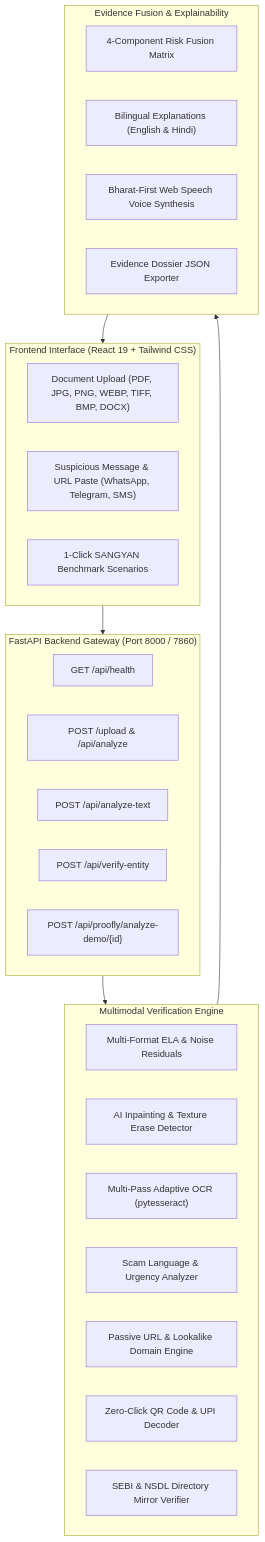
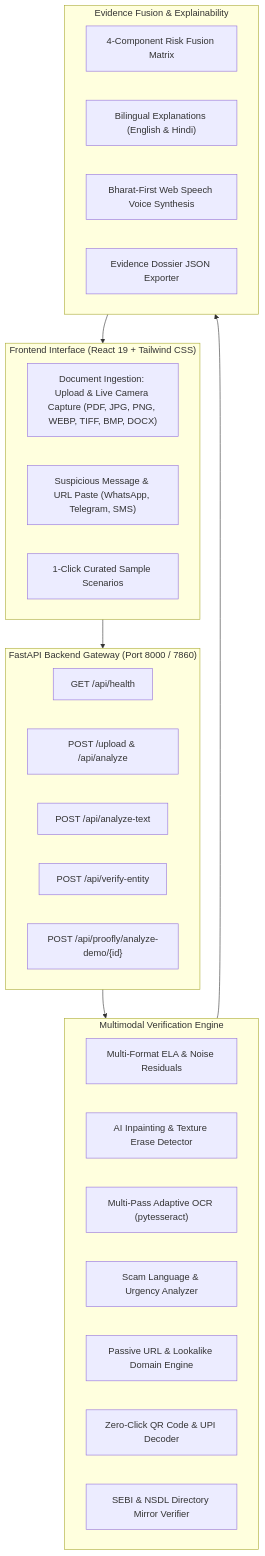
Before and after one commit to 17rajsal/document-forgery-ai: the diagram in README.md, drawn with Mermaid. The commit also changed other lines of this file and 9 other files, not shown here.

````diff
--- a/README.md
+++ b/README.md
@@ -99,38 +99,38 @@
 ```mermaid
 flowchart TD
     subgraph Client["Frontend Interface (React 19 + Tailwind CSS)"]
-        UI1["Document Upload (PDF, JPG, PNG, WEBP, TIFF, BMP, DOCX)"]
+        UI1["Document Ingestion: Upload & Live Camera Capture (PDF, JPG, PNG, WEBP, TIFF, BMP, DOCX)"]
         UI2["Suspicious Message & URL Paste (WhatsApp, Telegram, SMS)"]
-        UI3["1-Click SANGYAN Benchmark Scenarios"]
+        UI3["1-Click Curated Sample Scenarios"]
     end
 
     subgraph API["FastAPI Backend Gateway (Port 8000 / 7860)"]
         H["GET /api/health"]
         S["POST /upload & /api/analyze"]
         T["POST /api/analyze-text"]
         E["POST /api/verify-entity"]
         D["POST /api/proofly/analyze-demo/{id}"]
     end
 
     subgraph Forensics["Multimodal Verification Engine"]
         CV1["Multi-Format ELA & Noise Residuals"]
         CV2["AI Inpainting & Texture Erase Detector"]
         OCR["Multi-Pass Adaptive OCR (pytesseract)"]
         NLP["Scam Language & Urgency Analyzer"]
         URL["Passive URL & Lookalike Domain Engine"]
         QR["Zero-Click QR Code & UPI Decoder"]
         REG["SEBI & NSDL Directory Mirror Verifier"]
     end
 
     subgraph Synthesis["Evidence Fusion & Explainability"]
         FUS["4-Component Risk Fusion Matrix"]
         EXP["Bilingual Explanations (English & Hindi)"]
         VOI["Bharat-First Web Speech Voice Synthesis"]
         DOS["Evidence Dossier JSON Exporter"]
     end
 
     Client --> API
     API --> Forensics
     Forensics --> Synthesis
     Synthesis --> Client
 ```
````
